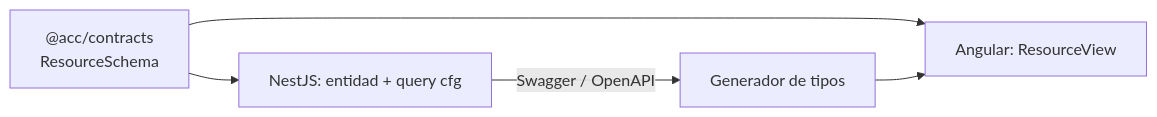
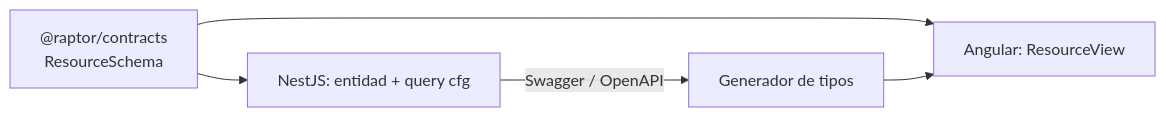
Before and after one commit to alfonsocobelas/raptor-studio-beta: the fourth of 5 diagrams in docs/arquitectura-acelerador-dashboards.md, drawn with Mermaid. The commit also changed other lines of this file and 224 other files, not shown here.

Commit message:
refactor: rename the workspace scope from @acc to @raptor

````diff
--- a/docs/arquitectura-acelerador-dashboards.md
+++ b/docs/arquitectura-acelerador-dashboards.md
@@ -314,7 +314,7 @@
 ```mermaid
 graph LR
-    RS["@acc/contracts<br/>ResourceSchema"] --> BE["NestJS: entidad + query cfg"]
+    RS["@raptor/contracts<br/>ResourceSchema"] --> BE["NestJS: entidad + query cfg"]
     RS --> FE["Angular: ResourceView"]
     BE -->|Swagger / OpenAPI| GEN["Generador de tipos"]
     GEN --> FE
 ```
````
